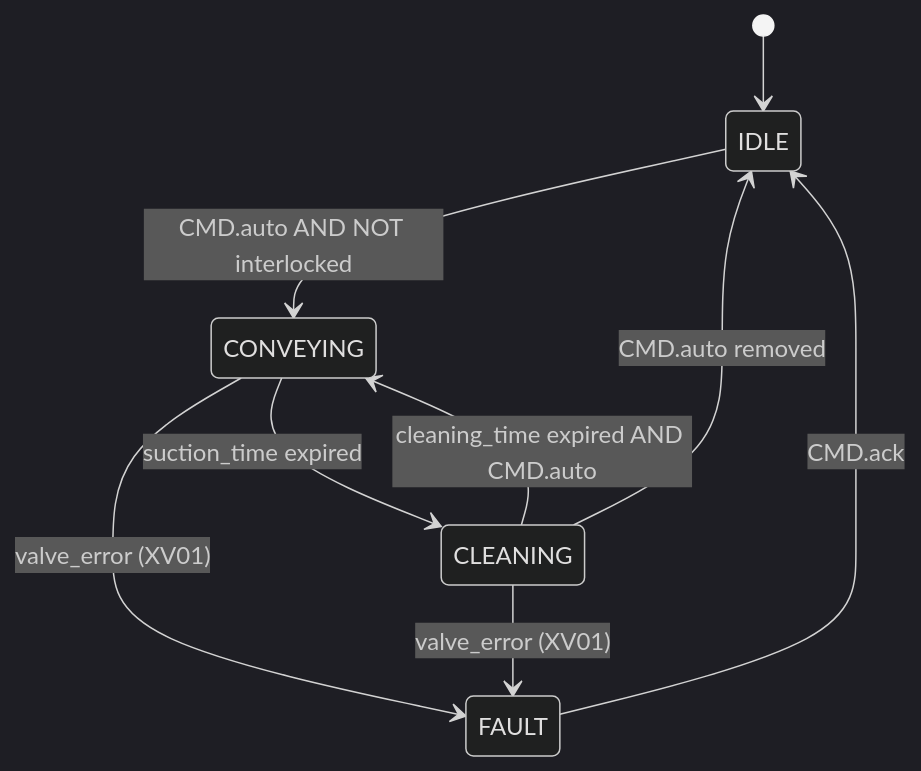
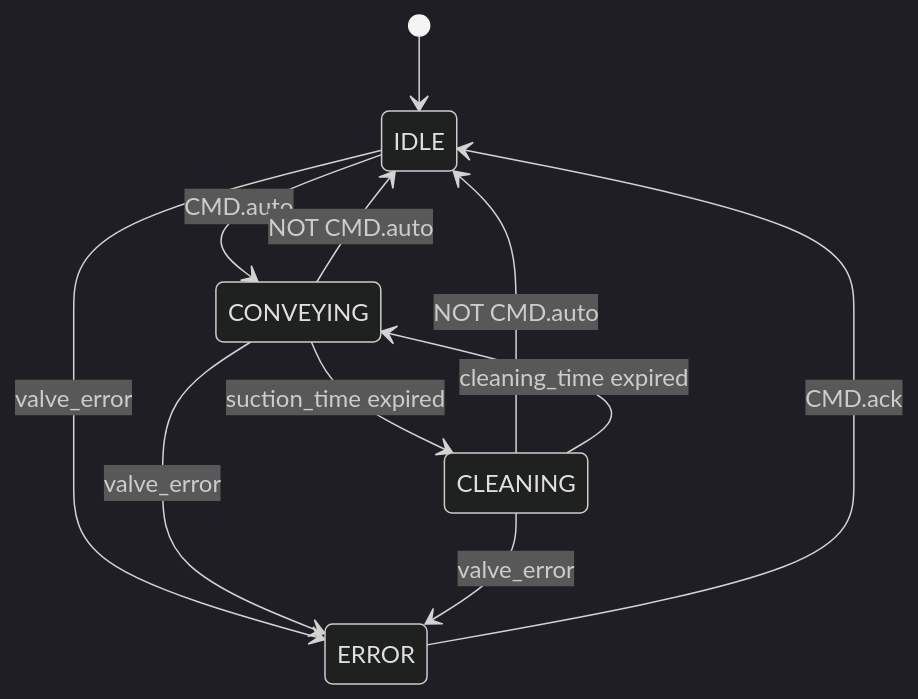
One commit to AleFire99/TIA_knowledge changed the second of 2 diagrams in docs/library/nolvac/index.en.md. Above: the diagram before and after it, drawn with Mermaid (dark theme). The commit also changed other lines of this file and 31 other files, not shown here.

````diff
--- a/docs/library/nolvac/index.en.md
+++ b/docs/library/nolvac/index.en.md
@@ -107,13 +106,17 @@
 ```mermaid
 stateDiagram-v2
     [*] --> IDLE
 
-    IDLE --> CONVEYING : CMD.auto AND NOT interlocked
+    IDLE --> CONVEYING : CMD.auto
+    IDLE --> ERROR : valve_error
+
+    CONVEYING --> IDLE : NOT CMD.auto
     CONVEYING --> CLEANING : suction_time expired
-    CLEANING --> CONVEYING : cleaning_time expired AND CMD.auto
-    CLEANING --> IDLE : CMD.auto removed
+    CONVEYING --> ERROR : valve_error
 
-    CONVEYING --> FAULT : valve_error (XV01)
-    CLEANING --> FAULT : valve_error (XV01)
-    FAULT --> IDLE : CMD.ack
+    CLEANING --> IDLE : NOT CMD.auto
+    CLEANING --> CONVEYING : cleaning_time expired
+    CLEANING --> ERROR : valve_error
+
+    ERROR --> IDLE : CMD.ack
 ```
````
